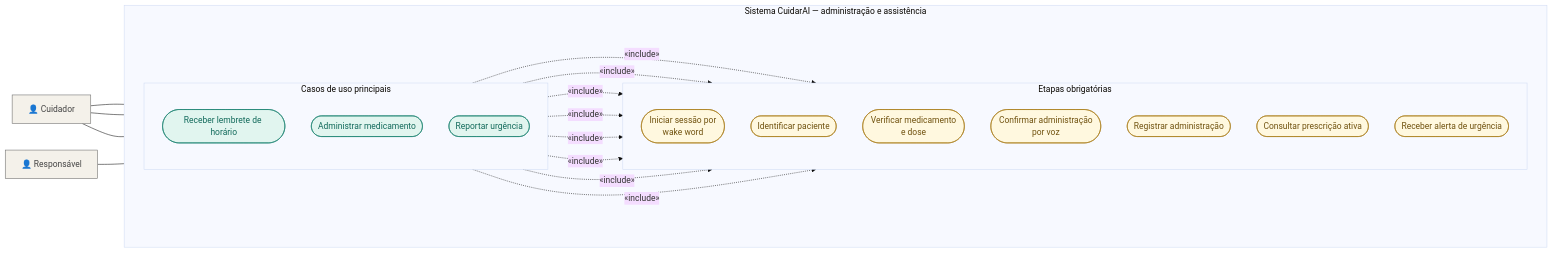
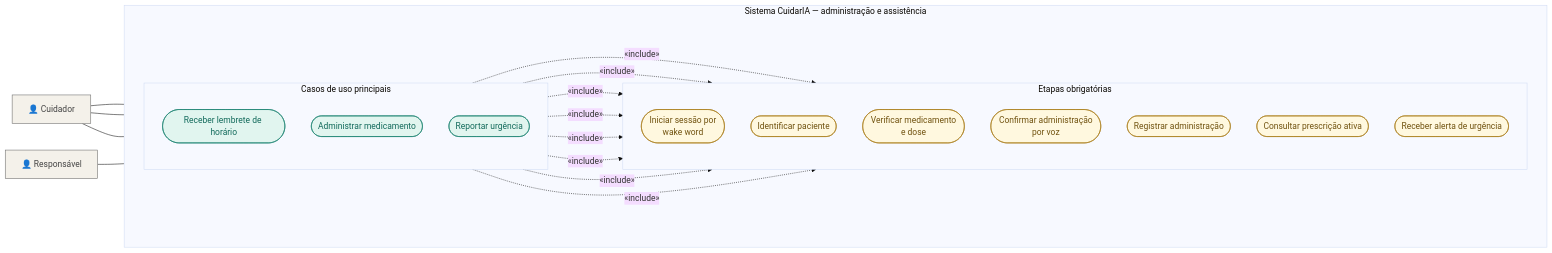
Before and after one commit to jaimejcs/CuidarAI: diagram 26 of 26 in diagramas-mermaid.md, drawn with Mermaid (base theme). The commit also changed other lines of this file and 12 other files, not shown here.

````diff
--- a/diagramas-mermaid.md
+++ b/diagramas-mermaid.md
@@ -713,45 +713,45 @@
 ```mermaid
 flowchart LR
     CUIDADOR["👤 Cuidador"]
     RESPONSAVEL["👤 Responsável"]
 
-    subgraph SISTEMA["Sistema CuidarAI — administração e assistência"]
+    subgraph SISTEMA["Sistema CuidarIA — administração e assistência"]
         direction LR
         subgraph PRINCIPAIS["Casos de uso principais"]
             direction TB
             UC_LEMBRETE([Receber lembrete de horário])
             UC_ADMIN([Administrar medicamento])
             UC_URG([Reportar urgência])
         end
         subgraph ETAPAS["Etapas obrigatórias"]
             direction TB
             UC_WAKE([Iniciar sessão por<br/>wake word])
             UC_IDENT([Identificar paciente])
             UC_VERIF([Verificar medicamento<br/>e dose])
             UC_VOZ([Confirmar administração<br/>por voz])
             UC_REGISTRAR([Registrar administração])
             UC_CONS_PRESC([Consultar prescrição ativa])
             UC_ALERTA_URG([Receber alerta de urgência])
         end
     end
 
     CUIDADOR --- UC_LEMBRETE
     CUIDADOR --- UC_ADMIN
     CUIDADOR --- UC_URG
     RESPONSAVEL --- UC_ALERTA_URG
     UC_LEMBRETE -. "«include»" .-> UC_CONS_PRESC
     UC_ADMIN -. "«include»" .-> UC_WAKE
     UC_ADMIN -. "«include»" .-> UC_IDENT
     UC_ADMIN -. "«include»" .-> UC_VERIF
     UC_ADMIN -. "«include»" .-> UC_CONS_PRESC
     UC_ADMIN -. "«include»" .-> UC_VOZ
     UC_ADMIN -. "«include»" .-> UC_REGISTRAR
     UC_URG -. "«include»" .-> UC_ALERTA_URG
 
     classDef actor fill:#f4f1ea,stroke:#666,color:#444,stroke-width:1px;
     classDef care fill:#e1f5ef,stroke:#15806d,color:#126a5b;
     classDef support fill:#fff8df,stroke:#a77a16,color:#70520f;
     class CUIDADOR,RESPONSAVEL actor;
     class UC_LEMBRETE,UC_ADMIN,UC_URG care;
     class UC_WAKE,UC_IDENT,UC_VERIF,UC_VOZ,UC_REGISTRAR,UC_CONS_PRESC,UC_ALERTA_URG support;
 ```
````
